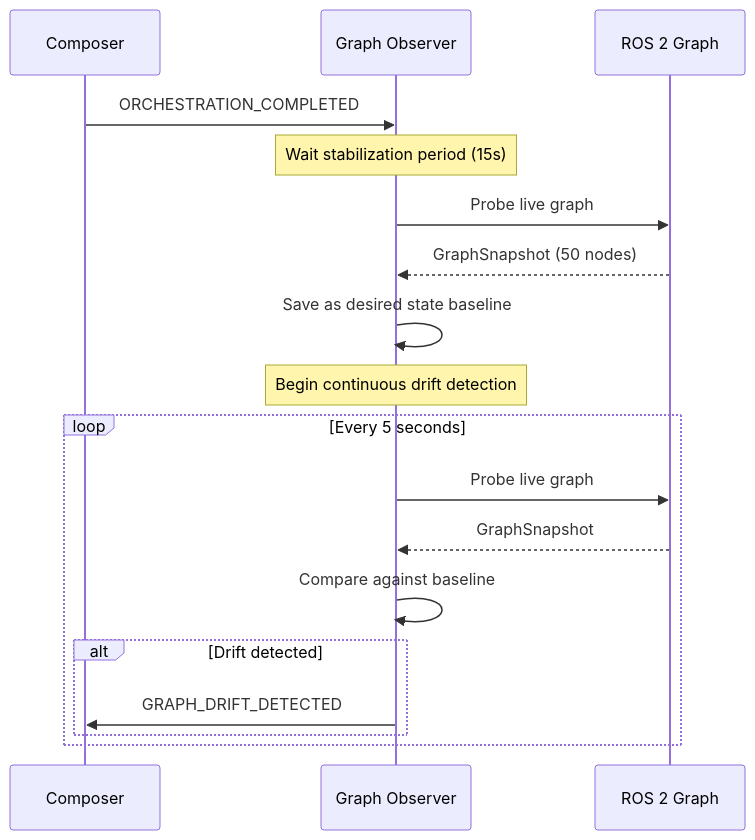
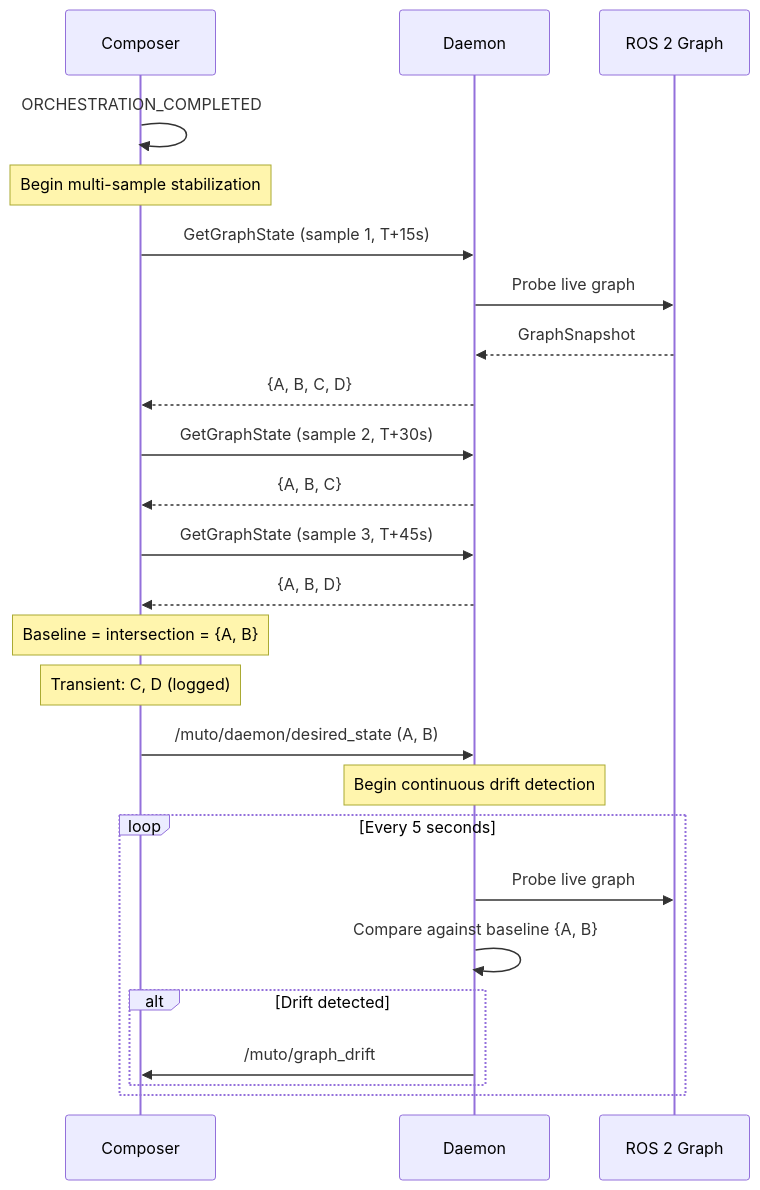
The first of 4 diagrams in docs/contributing/mep/MEP-0001.md (ibrahimsel/docs), drawn with Mermaid before and after one commit. The commit also changed other lines of this file, not shown here.

````diff
--- a/docs/contributing/mep/MEP-0001.md
+++ b/docs/contributing/mep/MEP-0001.md
@@ -213,21 +218,28 @@
 ```mermaid
 sequenceDiagram
     participant C as Composer
-    participant GO as Graph Observer
+    participant D as Daemon
     participant RG as ROS 2 Graph
 
-    C->>GO: ORCHESTRATION_COMPLETED
-    Note over GO: Wait stabilization period (15s)
-    GO->>RG: Probe live graph
-    RG-->>GO: GraphSnapshot (50 nodes)
-    GO->>GO: Save as desired state baseline
-    Note over GO: Begin continuous drift detection
+    C->>C: ORCHESTRATION_COMPLETED
+    Note over C: Begin multi-sample stabilization
+    C->>D: GetGraphState (sample 1, T+15s)
+    D->>RG: Probe live graph
+    RG-->>D: GraphSnapshot
+    D-->>C: {A, B, C, D}
+    C->>D: GetGraphState (sample 2, T+30s)
+    D-->>C: {A, B, C}
+    C->>D: GetGraphState (sample 3, T+45s)
+    D-->>C: {A, B, D}
+    Note over C: Baseline = intersection = {A, B}
+    Note over C: Transient: C, D (logged)
+    C->>D: /muto/daemon/desired_state (A, B)
+    Note over D: Begin continuous drift detection
     loop Every 5 seconds
-        GO->>RG: Probe live graph
-        RG-->>GO: GraphSnapshot
-        GO->>GO: Compare against baseline
+        D->>RG: Probe live graph
+        D->>D: Compare against baseline {A, B}
         alt Drift detected
-            GO->>C: GRAPH_DRIFT_DETECTED
+            D->>C: /muto/graph_drift
         end
     end
 ```
````
